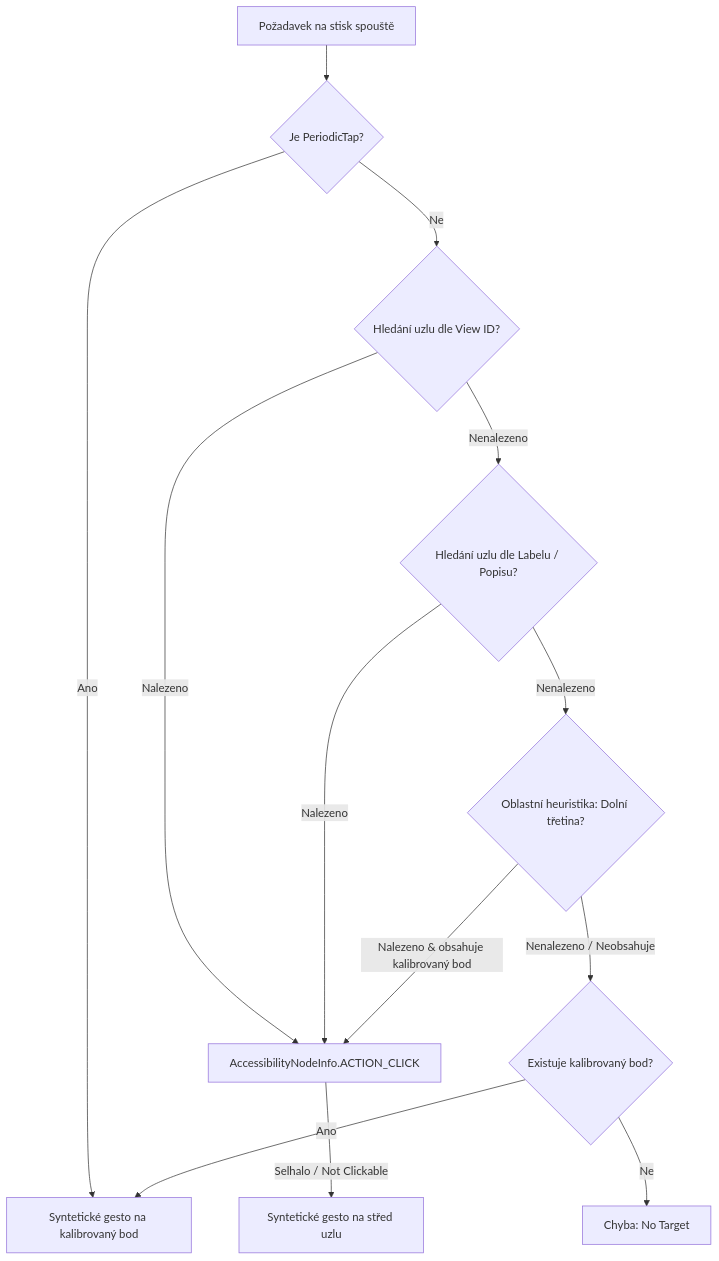
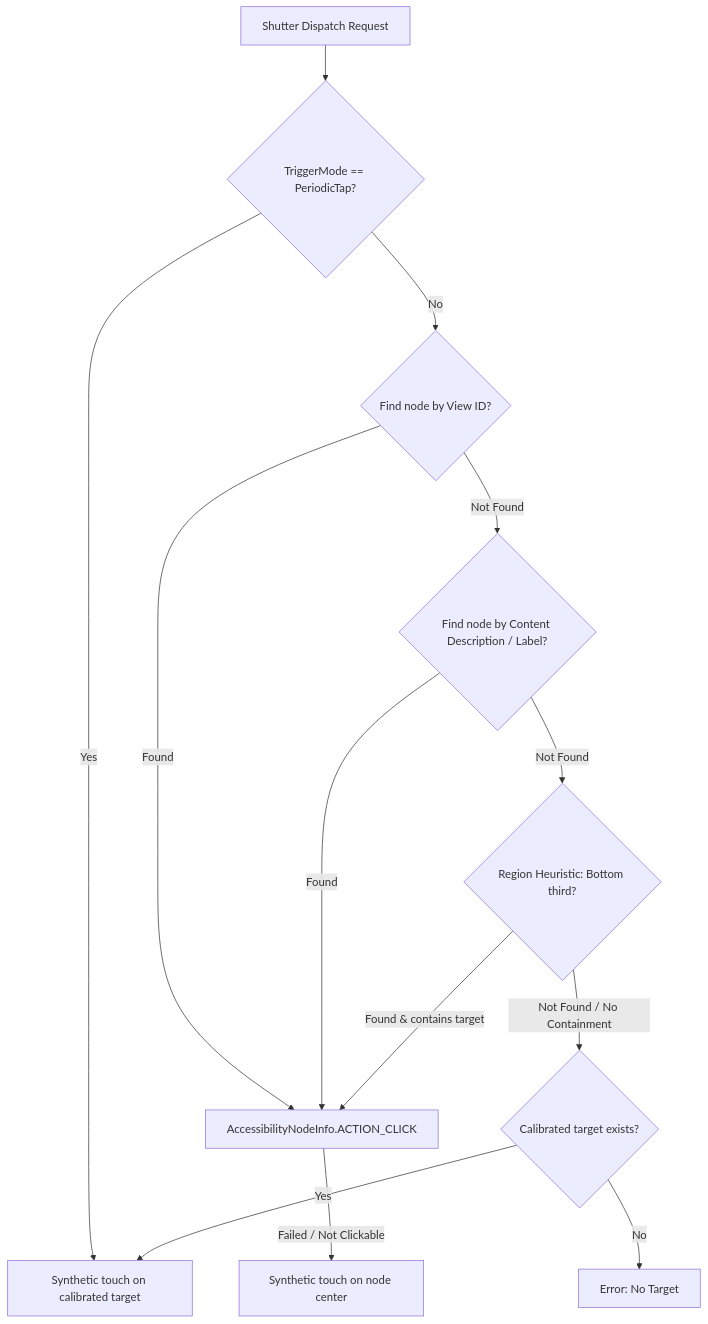
The fifth of 5 diagrams in APP_SUMMARY.md (Dazix/android-caelis), drawn with Mermaid before and after one commit. The commit also changed other lines of this file and 3 other files, not shown here.

````diff
--- a/APP_SUMMARY.md
+++ b/APP_SUMMARY.md
@@ -512,15 +573,15 @@
 ```mermaid
 flowchart TD
-    Start[Požadavek na stisk spouště] --> P1{Je PeriodicTap?}
-    P1 -- Ano --> GestureTarget[Syntetické gesto na kalibrovaný bod]
-    P1 -- Ne --> N1{Hledání uzlu dle View ID?}
-    N1 -- Nalezeno --> ClickAction[AccessibilityNodeInfo.ACTION_CLICK]
-    N1 -- Nenalezeno --> N2{Hledání uzlu dle Labelu / Popisu?}
-    N2 -- Nalezeno --> ClickAction
-    N2 -- Nenalezeno --> N3{Oblastní heuristika: Dolní třetina?}
-    N3 -- Nalezeno & obsahuje kalibrovaný bod --> ClickAction
-    N3 -- Nenalezeno / Neobsahuje --> N4{Existuje kalibrovaný bod?}
-    N4 -- Ano --> GestureTarget
-    N4 -- Ne --> Fail[Chyba: No Target]
-    ClickAction -- Selhalo / Not Clickable --> GestureNode[Syntetické gesto na střed uzlu]
+    Start[Shutter Dispatch Request] --> P1{TriggerMode == PeriodicTap?}
+    P1 -- Yes --> GestureTarget[Synthetic touch on calibrated target]
+    P1 -- No --> N1{Find node by View ID?}
+    N1 -- Found --> ClickAction[AccessibilityNodeInfo.ACTION_CLICK]
+    N1 -- Not Found --> N2{Find node by Content Description / Label?}
+    N2 -- Found --> ClickAction
+    N2 -- Not Found --> N3{Region Heuristic: Bottom third?}
+    N3 -- Found & contains target --> ClickAction
+    N3 -- Not Found / No Containment --> N4{Calibrated target exists?}
+    N4 -- Yes --> GestureTarget
+    N4 -- No --> Fail[Error: No Target]
+    ClickAction -- Failed / Not Clickable --> GestureNode[Synthetic touch on node center]
 ```
````
